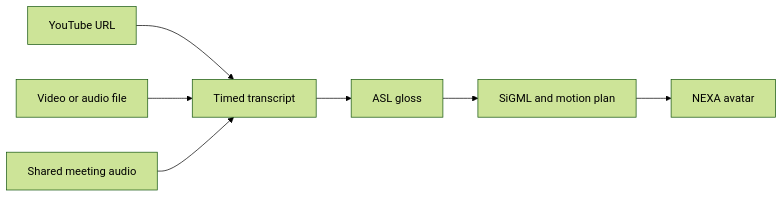
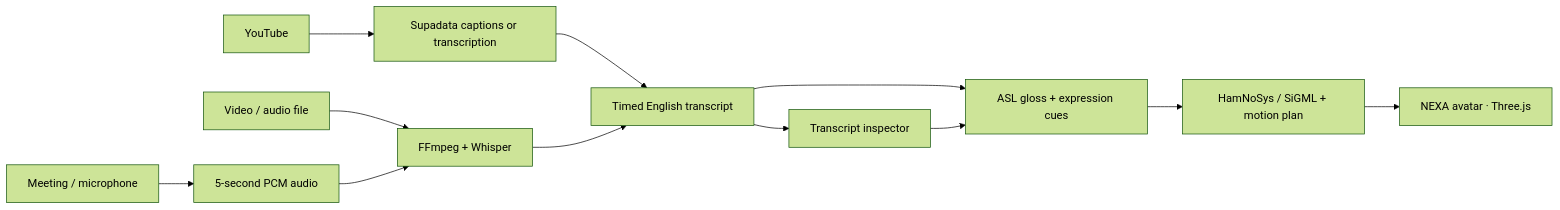
One commit to walshdsouza/Bit-n-Build changed the diagram in README.md. Above: the diagram before and after it, drawn with Mermaid (forest theme). The commit also changed other lines of this file and 2 other files, not shown here.

````diff
--- a/README.md
+++ b/README.md
@@ -147,9 +72,14 @@
 ```mermaid
 flowchart LR
-    Y[YouTube URL] --> T[Timed transcript]
-    F[Video or audio file] --> T
-    M[Shared meeting audio] --> T
-    T --> G[ASL gloss]
-    G --> P[SiGML and motion plan]
-    P --> A[NEXA avatar]
+    Y[YouTube] --> S[Supadata captions or transcription]
+    F[Video / audio file] --> W[FFmpeg + Whisper]
+    L[Meeting / microphone] --> C[5-second PCM audio]
+    C --> W
+    S --> T[Timed English transcript]
+    W --> T
+    T --> G[ASL gloss + expression cues]
+    G --> P[HamNoSys / SiGML + motion plan]
+    P --> N[NEXA avatar · Three.js]
+    T --> E[Transcript inspector]
+    E --> G
 ```
````
